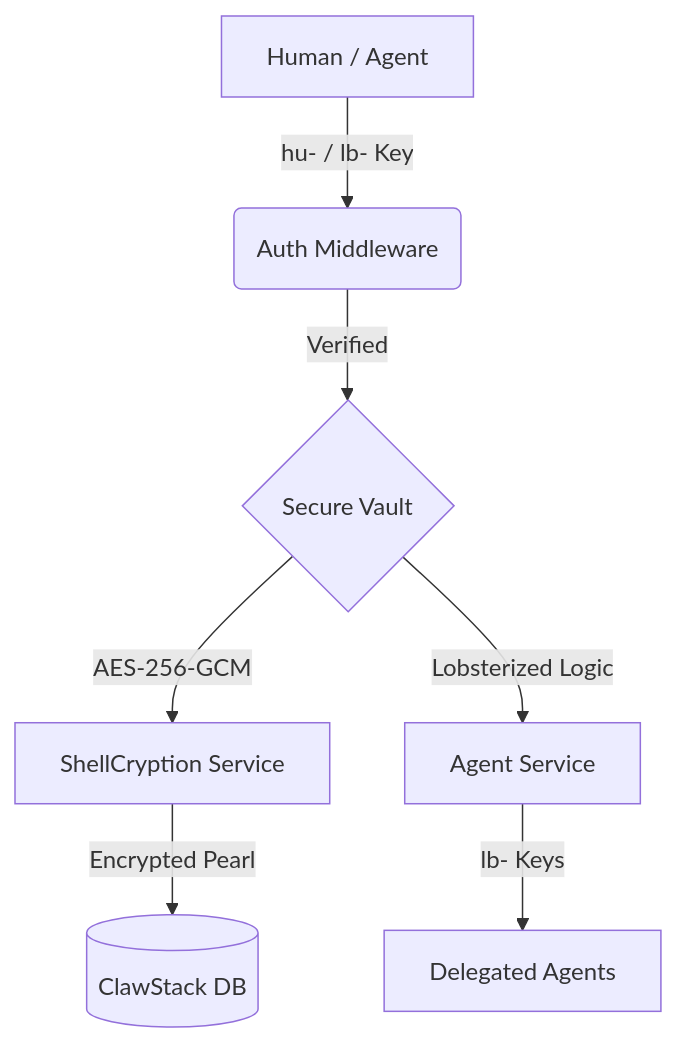
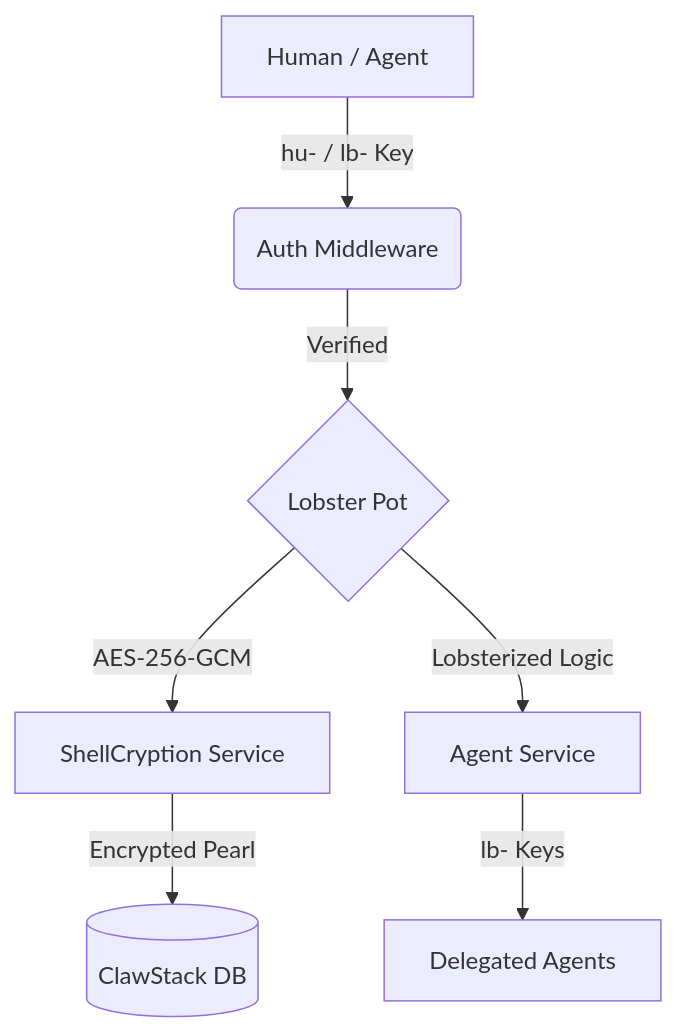
Before and after one commit to ClawStackStudios/PinchPad: the diagram in README.md, drawn with Mermaid. The commit also changed other lines of this file and 8 other files, not shown here.

Commit message:
🦞 Pun Update: Renamed 'Vault' to 'Lobster Pot' across the entire reef

````diff
--- a/README.md
+++ b/README.md
@@ -23,9 +23,9 @@
 ```mermaid
 graph TD
     A[Human / Agent] -->|hu- / lb- Key| B(Auth Middleware)
-    B -->|Verified| C{Secure Vault}
+    B -->|Verified| C{Lobster Pot}
     C -->|AES-256-GCM| D[ShellCryption Service]
     D -->|Encrypted Pearl| E[(ClawStack DB)]
     C -->|Lobsterized Logic| F[Agent Service]
     F -->|lb- Keys| G[Delegated Agents]
 ```
````
